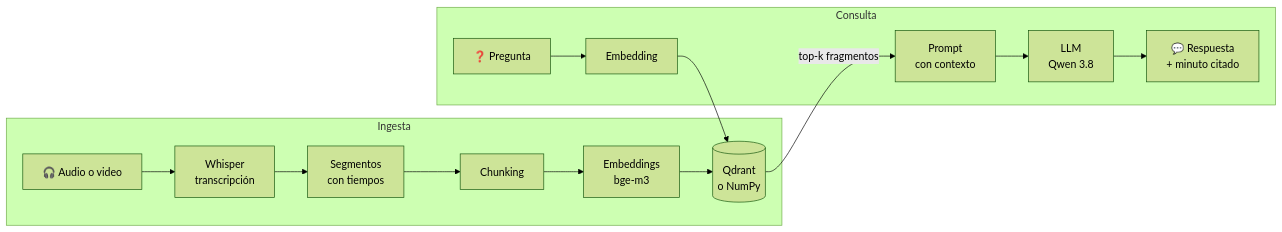
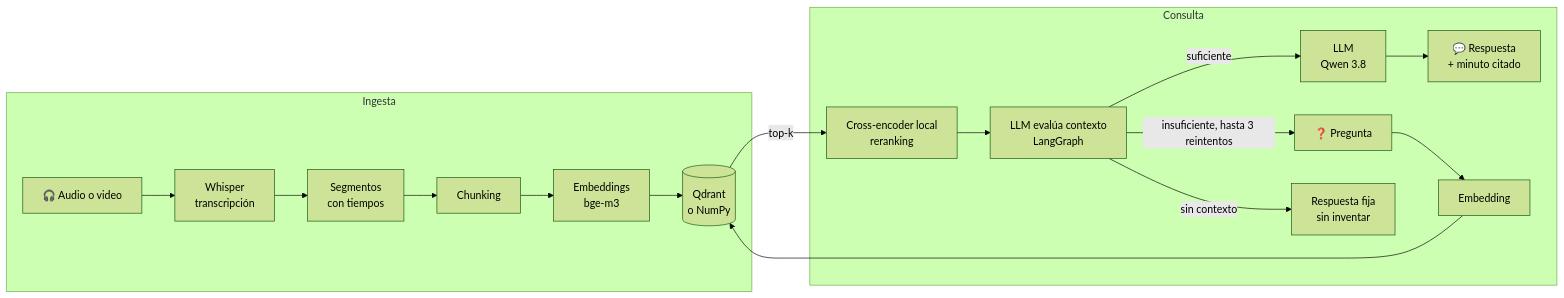
Before and after one commit to gersonmontenegro/ia-que-escucha: the diagram in README.md, drawn with Mermaid (forest theme). The commit also changed other lines of this file and 24 other files, not shown here.

Commit message:
feat: add adaptive LangGraph retrieval with local reranking

````diff
--- a/README.md
+++ b/README.md
@@ -7,17 +7,20 @@
 ```mermaid
 flowchart LR
     subgraph Ingesta
         V[🎧 Audio o video] --> W[Whisper<br/>transcripción]
         W --> S[Segmentos<br/>con tiempos]
         S --> C[Chunking]
         C --> E1[Embeddings<br/>bge-m3]
         E1 --> DB[(Qdrant<br/>o NumPy)]
     end
     subgraph Consulta
         Q[❓ Pregunta] --> E2[Embedding]
         E2 --> DB
-        DB -->|top-k fragmentos| P[Prompt<br/>con contexto]
-        P --> L[LLM<br/>Qwen 3.8]
+        DB -->|top-k| X[Cross-encoder local<br/>reranking]
+        X --> G[LLM evalúa contexto<br/>LangGraph]
+        G -->|suficiente| L[LLM<br/>Qwen 3.8]
+        G -->|insuficiente, hasta 3 reintentos| Q
         L --> R[💬 Respuesta<br/>+ minuto citado]
+        G -->|sin contexto| F[Respuesta fija<br/>sin inventar]
     end
 ```
````
